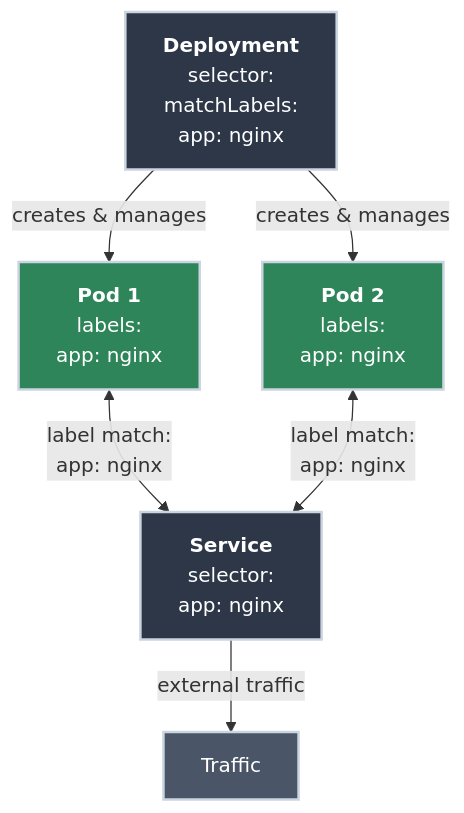
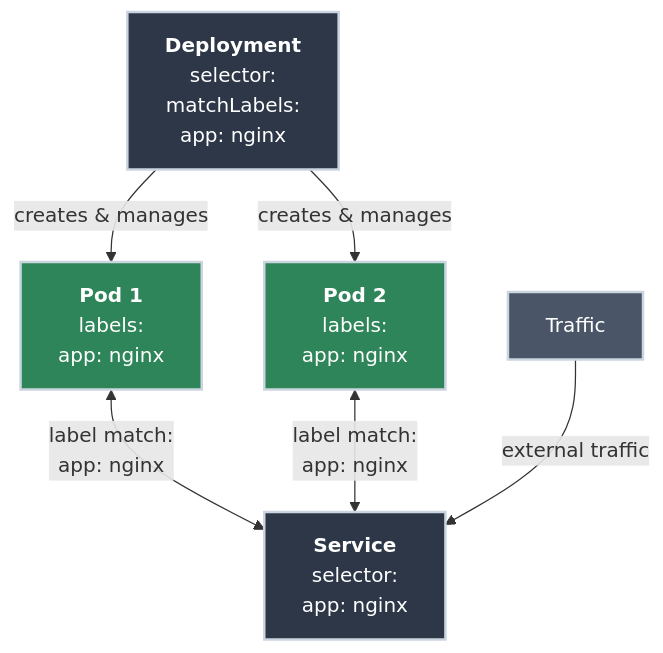
One commit to bradpenney/exploring_kubernetes changed the second of 2 diagrams in docs/day_one/kubectl/first_deploy.md. Above: the diagram before and after it, drawn with Mermaid. The commit also changed 6 other files, not shown here.

````diff
--- a/docs/day_one/kubectl/first_deploy.md
+++ b/docs/day_one/kubectl/first_deploy.md
@@ -107,18 +107,18 @@
     ```mermaid
     graph TD
         Deployment["<b>Deployment</b><br/>selector:<br/>matchLabels:<br/>app: nginx"]
 
         Deployment -->|"creates & manages"| Pod1["<b>Pod 1</b><br/>labels:<br/>app: nginx"]
         Deployment -->|"creates & manages"| Pod2["<b>Pod 2</b><br/>labels:<br/>app: nginx"]
 
         Pod1 <-->|"label match:<br/>app: nginx"| Service["<b>Service</b><br/>selector:<br/>app: nginx"]
         Pod2 <-->|"label match:<br/>app: nginx"| Service
 
-        Service -->|"external traffic"| Traffic["Traffic"]
+        Traffic["Traffic"] -->|"external traffic"| Service
 
         style Deployment fill:#2d3748,stroke:#cbd5e0,stroke-width:2px,color:#fff
         style Pod1 fill:#2f855a,stroke:#cbd5e0,stroke-width:2px,color:#fff
         style Pod2 fill:#2f855a,stroke:#cbd5e0,stroke-width:2px,color:#fff
         style Service fill:#2d3748,stroke:#cbd5e0,stroke-width:2px,color:#fff
         style Traffic fill:#4a5568,stroke:#cbd5e0,stroke-width:2px,color:#fff
     ```
````
